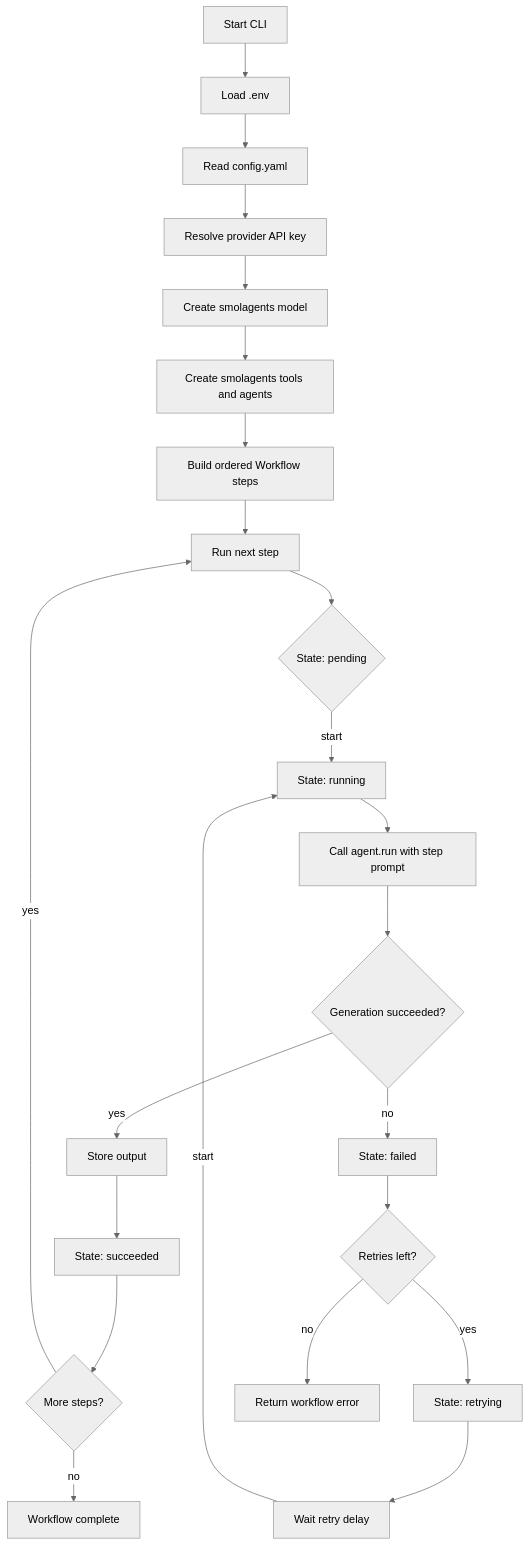
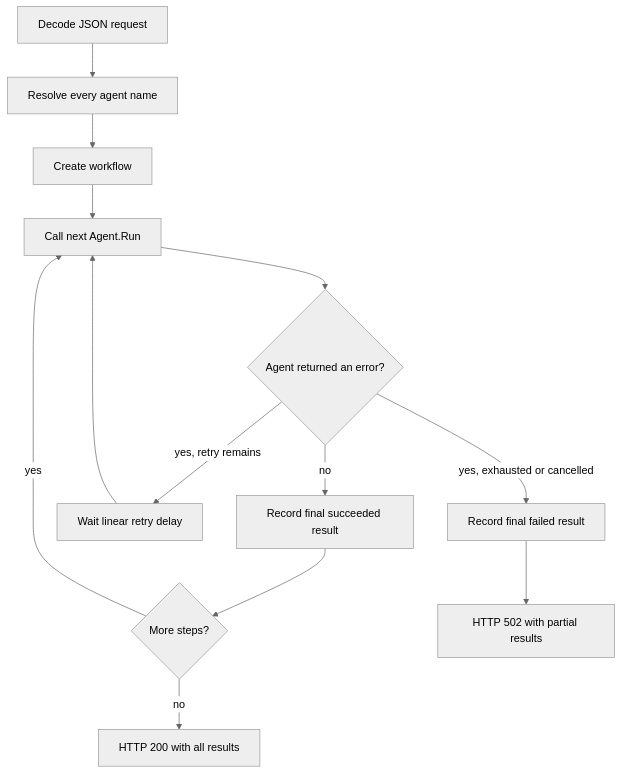
Before and after one commit to sagnikc395/anchora: the second of 2 diagrams in README.md, drawn with Mermaid (neutral theme). The commit also changed other lines of this file and 23 other files, not shown here.

````diff
--- a/README.md
+++ b/README.md
@@ -30,28 +41,15 @@
 ```mermaid
 flowchart TD
-    A[Start CLI] --> B[Load .env]
-    B --> C[Read config.yaml]
-    C --> D[Resolve provider API key]
-    D --> E[Create smolagents model]
-    E --> F[Create smolagents tools and agents]
-    F --> G[Build ordered Workflow steps]
-    G --> H[Run next step]
-
-    H --> I{State: pending}
-    I -->|start| J[State: running]
-    J --> K[Call agent.run with step prompt]
-    K --> L{Generation succeeded?}
-
-    L -->|yes| M[Store output]
-    M --> N[State: succeeded]
-    N --> O{More steps?}
-    O -->|yes| H
-    O -->|no| P[Workflow complete]
-
-    L -->|no| Q[State: failed]
-    Q --> R{Retries left?}
-    R -->|yes| S[State: retrying]
-    S --> T[Wait retry delay]
-    T -->|start| J
-    R -->|no| U[Return workflow error]
+    A[Decode JSON request] --> B[Resolve every agent name]
+    B --> C[Create workflow]
+    C --> D[Call next Agent.Run]
+    D --> E{Agent returned an error?}
+    E -->|no| F[Record final succeeded result]
+    F --> G{More steps?}
+    G -->|yes| D
+    G -->|no| H[HTTP 200 with all results]
+    E -->|yes, retry remains| I[Wait linear retry delay]
+    I --> D
+    E -->|yes, exhausted or cancelled| J[Record final failed result]
+    J --> K[HTTP 502 with partial results]
 ```
````
